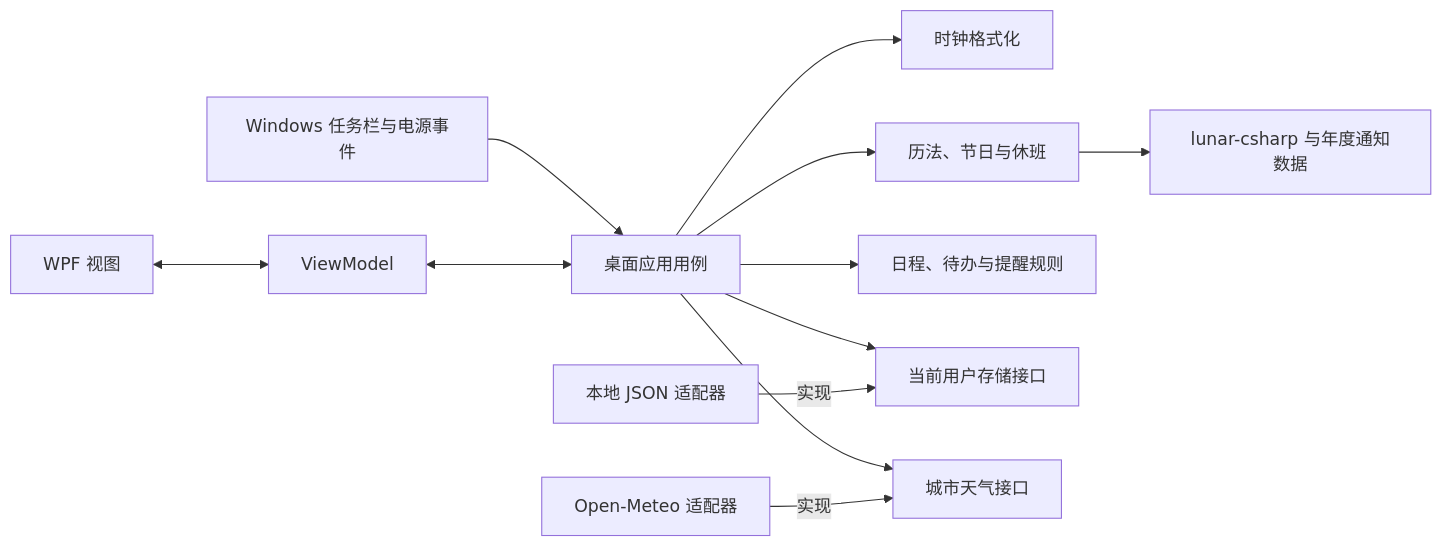
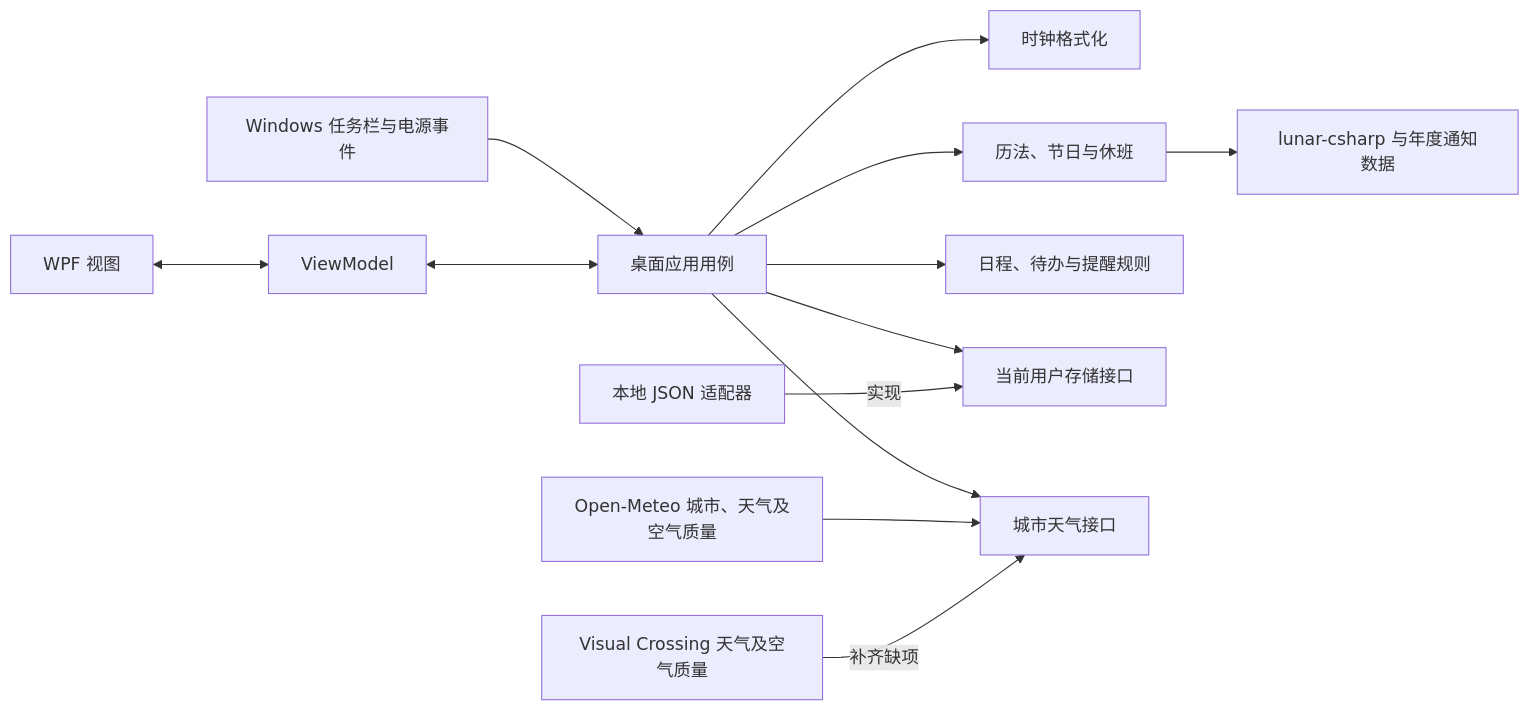
The first of 3 diagrams in docs/architecture.md (hiven425/yxrl), drawn with Mermaid before and after one commit. The commit also changed other lines of this file and 18 other files, not shown here.

````diff
--- a/docs/architecture.md
+++ b/docs/architecture.md
@@ -26,14 +26,15 @@
 ```mermaid
 flowchart LR
     Win["Windows 任务栏与电源事件"] --> App["桌面应用用例"]
     View["WPF 视图"] <--> VM["ViewModel"]
     VM <--> App
     App --> Clock["时钟格式化"]
     App --> Cal["历法、节日与休班"]
     App --> Plan["日程、待办与提醒规则"]
     App --> Store["当前用户存储接口"]
     App --> Weather["城市天气接口"]
     Json["本地 JSON 适配器"] -->|实现| Store
-    Meteo["Open-Meteo 适配器"] -->|实现| Weather
+    Meteo["Open-Meteo 城市、天气及空气质量"] --> Weather
+    Timeline["Visual Crossing 天气及空气质量"] -->|补齐缺项| Weather
     Cal --> Lunar["lunar-csharp 与年度通知数据"]
 ```
````
